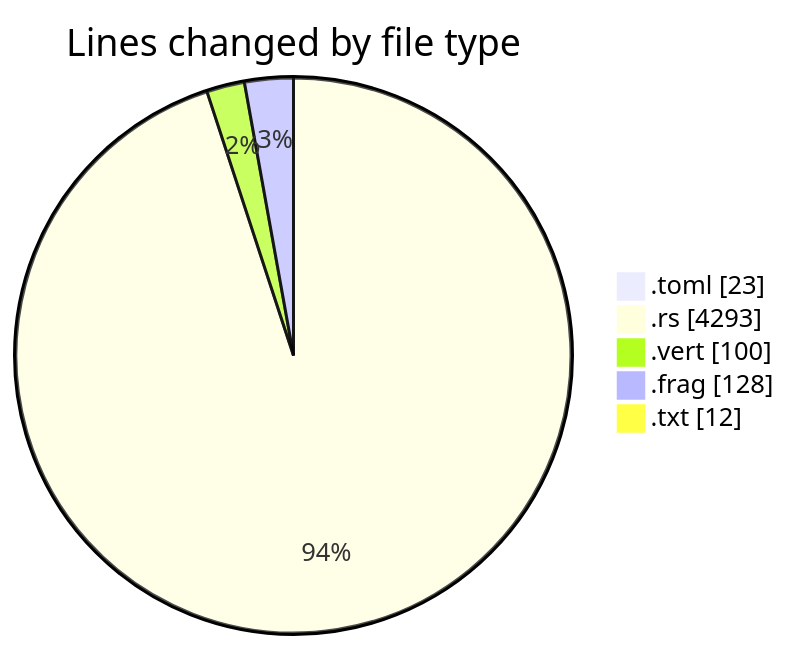
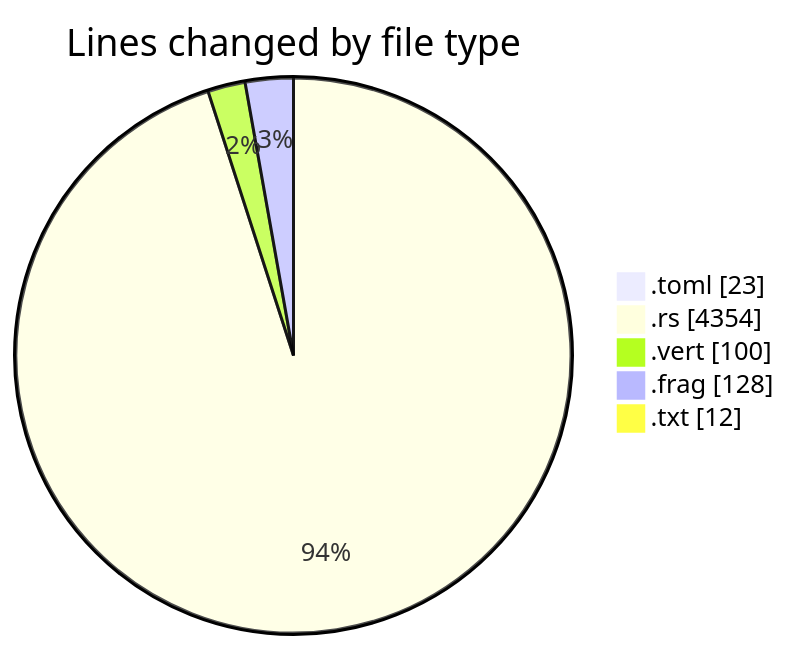
One commit to ernivani/code-tracking changed the first of 2 diagrams in 2025-01-02/3drust/README.md. Above: the diagram before and after it, drawn with Mermaid. The commit also changed other lines of this file and 2 other files, not shown here.

````diff
--- a/2025-01-02/3drust/README.md
+++ b/2025-01-02/3drust/README.md
@@ -28,9 +28,9 @@
 ```mermaid
 pie showData
 title Lines changed by file type
 ".toml" : 23
-".rs" : 4293
+".rs" : 4354
 ".vert" : 100
 ".frag" : 128
 ".txt" : 12
 ```
````
